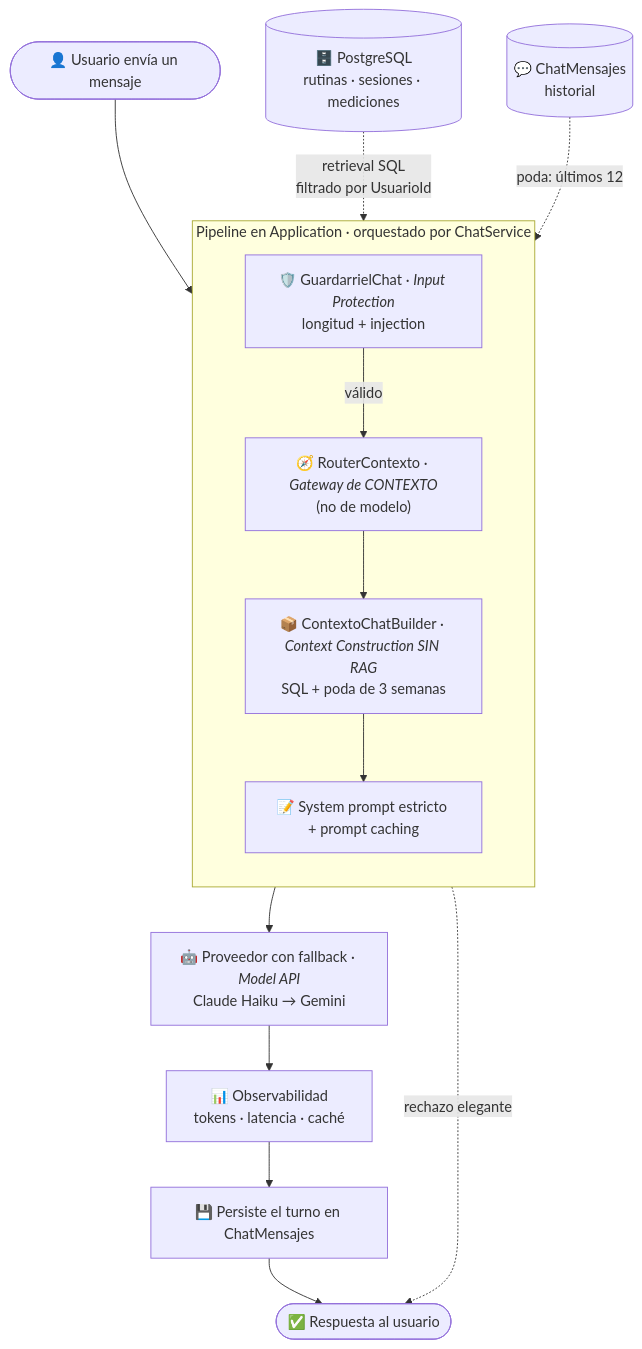
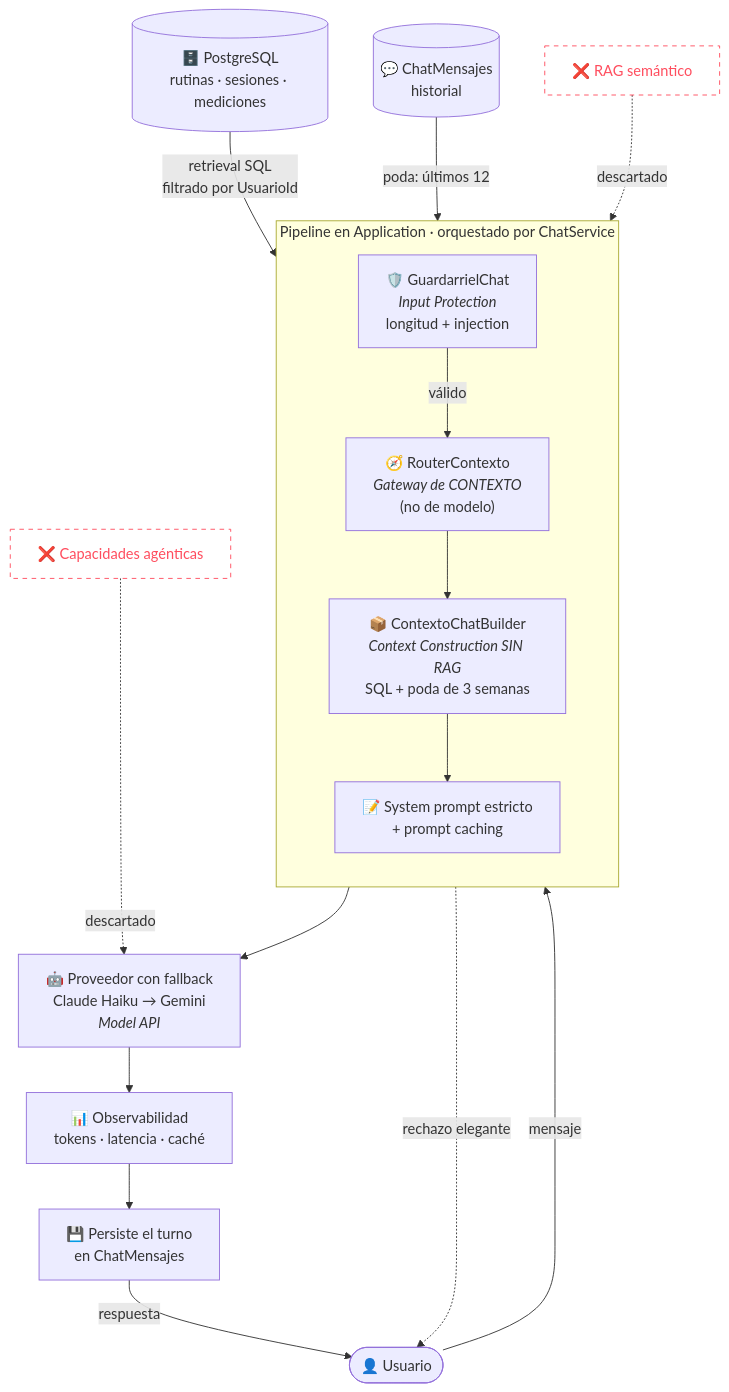
Before and after one commit to Fernando-Castro-Hernandez/GymTracker: the second of 2 diagrams in README.md, drawn with Mermaid. The commit also changed other lines of this file, not shown here.

Commit message:
docs(readme): corrige orientacion del diagrama (de nuevo) del chatbot (flujo top-down)

````diff
--- a/README.md
+++ b/README.md
@@ -234,23 +234,26 @@
 ```mermaid
 flowchart TB
-    U(["👤 Usuario envía un mensaje"])
-    U --> G
+    U(["👤 Usuario"]) -->|mensaje| G
 
     subgraph APP["Pipeline en Application · orquestado por ChatService"]
         direction TB
-        G["🛡️ GuardarrielChat · <i>Input Protection</i><br/>longitud + injection"]
-        R["🧭 RouterContexto · <i>Gateway de CONTEXTO</i><br/>(no de modelo)"]
-        C["📦 ContextoChatBuilder · <i>Context Construction SIN RAG</i><br/>SQL + poda de 3 semanas"]
-        S["📝 System prompt estricto + prompt caching"]
-        G -->|válido| R --> C --> S
+        G["🛡️ GuardarrielChat<br/><i>Input Protection</i><br/>longitud + injection"]
+        G -->|válido| R["🧭 RouterContexto<br/><i>Gateway de CONTEXTO</i><br/>(no de modelo)"]
+        R --> C["📦 ContextoChatBuilder<br/><i>Context Construction SIN RAG</i><br/>SQL + poda de 3 semanas"]
+        C --> S["📝 System prompt estricto<br/>+ prompt caching"]
     end
 
-    S --> API["🤖 Proveedor con fallback · <i>Model API</i><br/>Claude Haiku → Gemini"]
+    DB[("🗄️ PostgreSQL<br/>rutinas · sesiones · mediciones")] -->|retrieval SQL<br/>filtrado por UsuarioId| C
+    H[("💬 ChatMensajes<br/>historial")] -->|poda: últimos 12| C
+
+    S --> API["🤖 Proveedor con fallback<br/>Claude Haiku → Gemini<br/><i>Model API</i>"]
     API --> O["📊 Observabilidad<br/>tokens · latencia · caché"]
-    O --> P["💾 Persiste el turno en ChatMensajes"]
-    P --> RESP(["✅ Respuesta al usuario"])
-    G -.->|rechazo elegante| RESP
+    O --> P["💾 Persiste el turno<br/>en ChatMensajes"]
+    P -->|respuesta| U
+    G -.->|rechazo elegante| U
 
-    DB[("🗄️ PostgreSQL<br/>rutinas · sesiones · mediciones")] -.->|retrieval SQL<br/>filtrado por UsuarioId| C
-    H[("💬 ChatMensajes<br/>historial")] -.->|poda: últimos 12| C
+    RAG["❌ RAG semántico"]:::descartado -.->|descartado| C
+    AG["❌ Capacidades agénticas"]:::descartado -.->|descartado| API
+
+    classDef descartado stroke:#ff4d5e,color:#ff4d5e,stroke-dasharray:5 5,fill:transparent;
 ```
````
